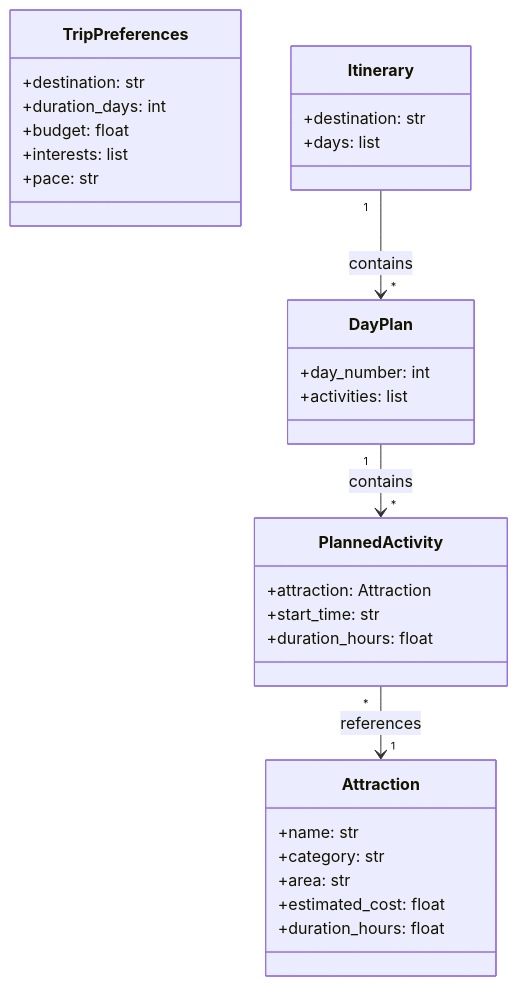
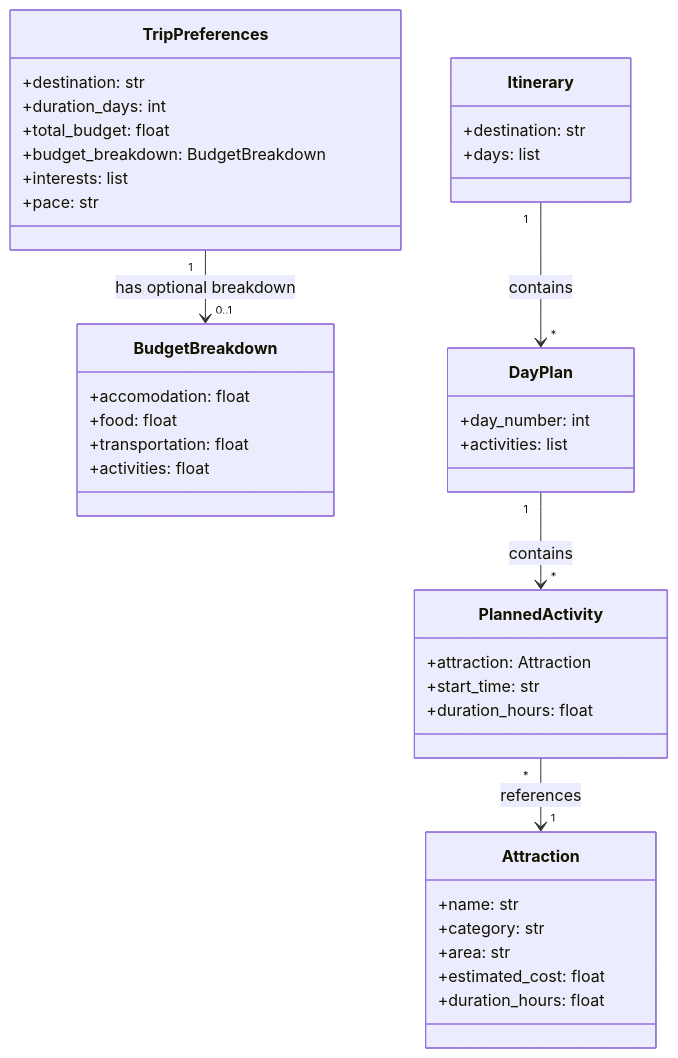
The diagram in docs/data-model.md (AHVDesagun/multi-agent-travel-planner), drawn with Mermaid before and after one commit. The commit also changed other lines of this file and 2 other files, not shown here.

Commit message:
Add BudgetBreakdown and update TripPreferences data model documentation

````diff
--- a/docs/data-model.md
+++ b/docs/data-model.md
@@ -7,38 +7,47 @@
 ```mermaid
 classDiagram
     class TripPreferences {
         +destination: str
         +duration_days: int
-        +budget: float
+        +total_budget: float
+        +budget_breakdown: BudgetBreakdown
         +interests: list
         +pace: str
+    }
+
+    class BudgetBreakdown {
+        +accomodation: float
+        +food: float
+        +transportation: float
+        +activities: float
     }
 
     class Attraction {
         +name: str
         +category: str
         +area: str
         +estimated_cost: float
         +duration_hours: float
     }
 
     class PlannedActivity {
         +attraction: Attraction
         +start_time: str
         +duration_hours: float
     }
 
     class DayPlan {
         +day_number: int
         +activities: list
     }
 
     class Itinerary {
         +destination: str
         +days: list
     }
 
     DayPlan "1" --> "*" PlannedActivity : contains
     PlannedActivity "*" --> "1" Attraction : references
     Itinerary "1" --> "*" DayPlan : contains
+    TripPreferences "1" --> "0..1" BudgetBreakdown : has optional breakdown
 ```
````
